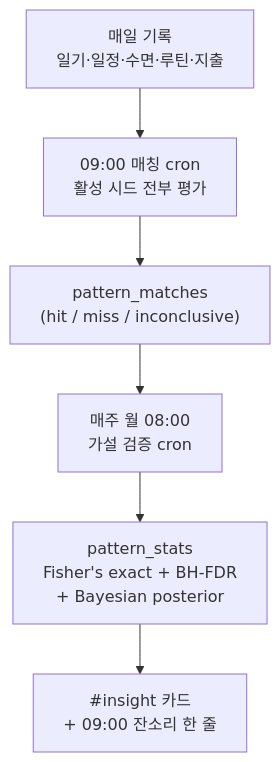
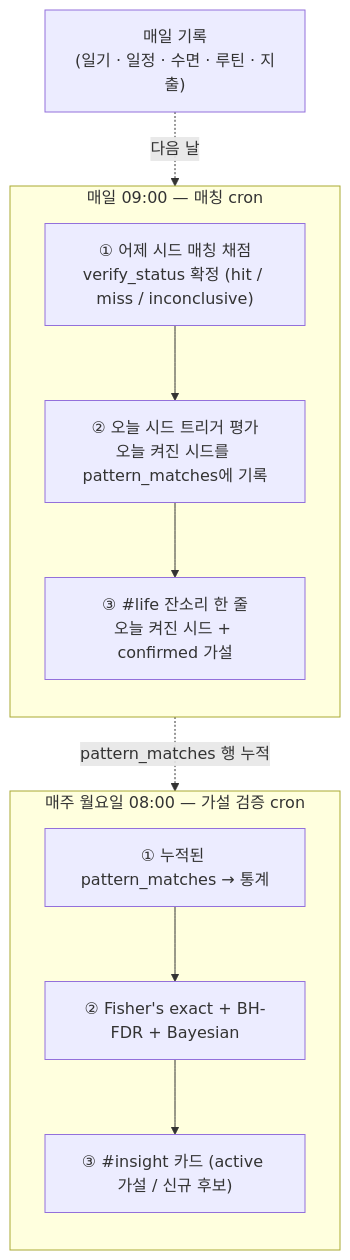
One commit to hyewon3938/slack-ai-agents changed the first of 7 diagrams in docs/explainers/insight-v2.md. Above: the diagram before and after it, drawn with Mermaid. The commit also changed other lines of this file, not shown here.

First line of the commit message:
docs(insight): explainer 메인 §1~§3 문구·도식 다듬기

````diff
--- a/docs/explainers/insight-v2.md
+++ b/docs/explainers/insight-v2.md
@@ -46,8 +55,23 @@
 ```mermaid
-flowchart TD
-  A["매일 기록<br/>일기·일정·수면·루틴·지출"] --> B["09:00 매칭 cron<br/>활성 시드 전부 평가"]
-  B --> C["pattern_matches<br/>(hit / miss / inconclusive)"]
-  C --> D["매주 월 08:00<br/>가설 검증 cron"]
-  D --> E["pattern_stats<br/>Fisher's exact + BH-FDR<br/>+ Bayesian posterior"]
-  E --> F["#insight 카드<br/>+ 09:00 잔소리 한 줄"]
+flowchart TB
+  REC["매일 기록<br/>(일기 · 일정 · 수면 · 루틴 · 지출)"]
+
+  subgraph DAILY["매일 09:00 — 매칭 cron"]
+    direction TB
+    D1["① 어제 시드 매칭 채점<br/>verify_status 확정 (hit / miss / inconclusive)"]
+    D2["② 오늘 시드 트리거 평가<br/>오늘 켜진 시드를 pattern_matches에 기록"]
+    D3["③ #life 잔소리 한 줄<br/>오늘 켜진 시드 + confirmed 가설"]
+    D1 --> D2 --> D3
+  end
+
+  subgraph WEEKLY["매주 월요일 08:00 — 가설 검증 cron"]
+    direction TB
+    W1["① 누적된 pattern_matches → 통계"]
+    W2["② Fisher's exact + BH-FDR + Bayesian"]
+    W3["③ #insight 카드 (active 가설 / 신규 후보)"]
+    W1 --> W2 --> W3
+  end
+
+  REC -. 다음 날 .-> DAILY
+  DAILY -. pattern_matches 행 누적 .-> WEEKLY
 ```
````
